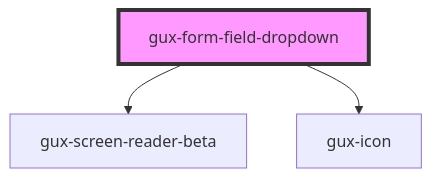
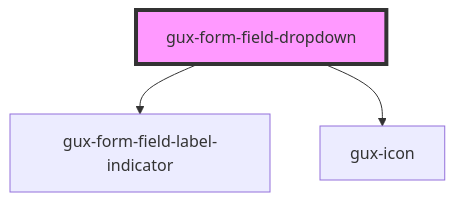
The diagram in packages/genesys-spark-components/src/components/stable/gux-form-field/components/gux-form-field-dropdown/readme.md (MyPureCloud/genesys-spark), drawn with Mermaid before and after one commit. The commit also changed other lines of this file and 24 other files, not shown here.

````diff
--- a/packages/genesys-spark-components/src/components/stable/gux-form-field/components/gux-form-field-dropdown/readme.md
+++ b/packages/genesys-spark-components/src/components/stable/gux-form-field/components/gux-form-field-dropdown/readme.md
@@ -33,6 +34,6 @@
 ```mermaid
 graph TD;
-  gux-form-field-dropdown --> gux-screen-reader-beta
+  gux-form-field-dropdown --> gux-form-field-label-indicator
   gux-form-field-dropdown --> gux-icon
   style gux-form-field-dropdown fill:#f9f,stroke:#333,stroke-width:4px
 ```
````
